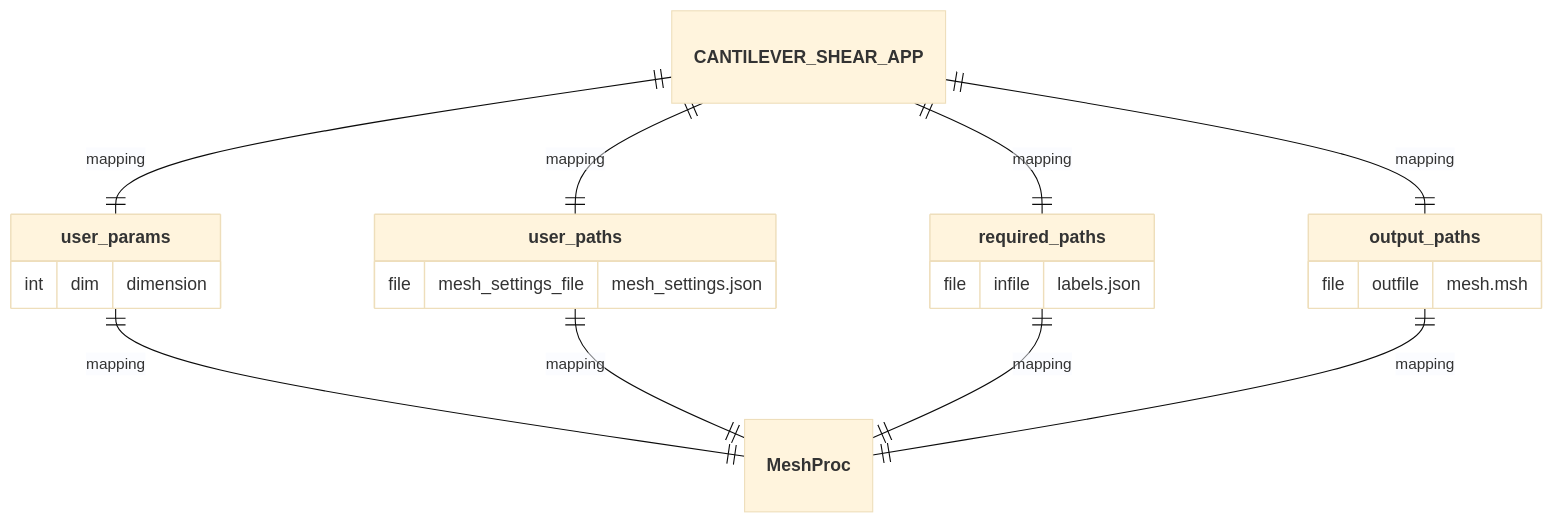
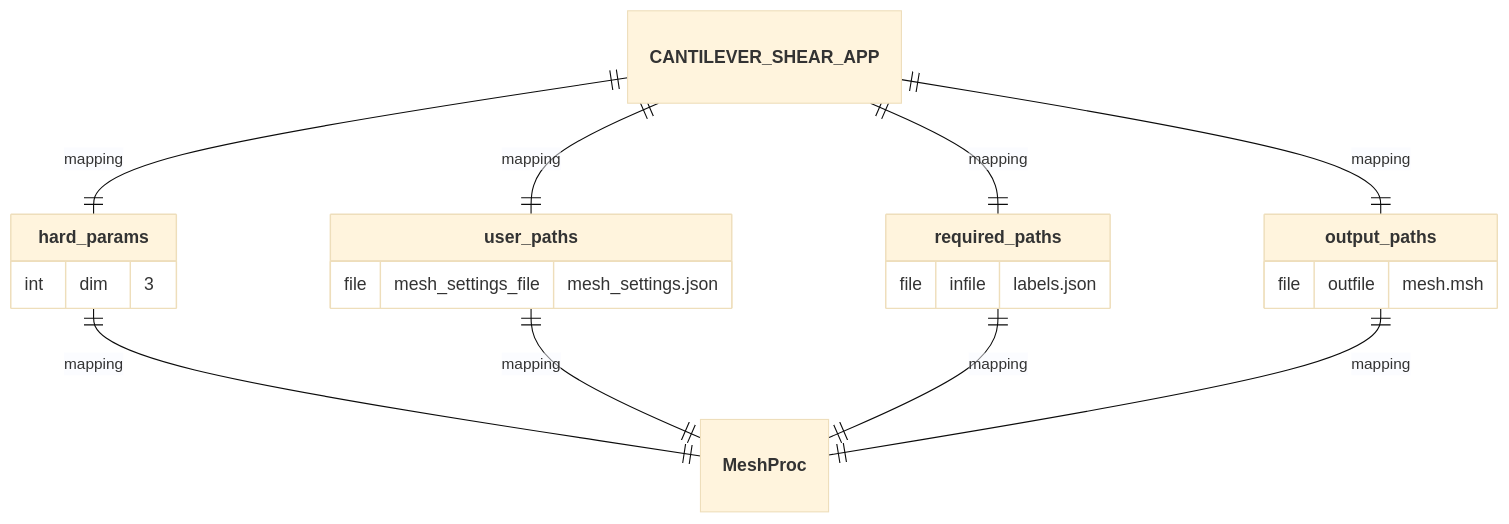
Before and after one commit to nuremics/sim-labs: the fourth of 10 diagrams in src/nuremics_labs/apps/simulation/CANTILEVER_SHEAR_APP/README.md, drawn with Mermaid (base theme). The commit also changed other lines of this file and 1 other file, not shown here.

Commit message:
define dim as hard_params

````diff
--- a/src/nuremics_labs/apps/simulation/CANTILEVER_SHEAR_APP/README.md
+++ b/src/nuremics_labs/apps/simulation/CANTILEVER_SHEAR_APP/README.md
@@ -86,24 +82,24 @@
 ```mermaid
 erDiagram
-  **CANTILEVER_SHEAR_APP** ||--|| **user_params** : mapping
+  **CANTILEVER_SHEAR_APP** ||--|| **hard_params** : mapping
   **CANTILEVER_SHEAR_APP** ||--|| **user_paths** : mapping
   **CANTILEVER_SHEAR_APP** ||--|| **required_paths** : mapping
   **CANTILEVER_SHEAR_APP** ||--|| **output_paths** : mapping
-  **user_params** ||--|| **MeshProc** : mapping
+  **hard_params** ||--|| **MeshProc** : mapping
   **user_paths** ||--|| **MeshProc** : mapping
   **required_paths** ||--|| **MeshProc** : mapping
   **output_paths** ||--|| **MeshProc** : mapping
 
-  **user_params** {
-    int dim "dimension"
+  **hard_params** {
+    int dim "3"
   }
   **user_paths** {
     file mesh_settings_file "mesh_settings.json"
   }
   **required_paths** {
     file infile "labels.json"
   }
   **output_paths** {
     file outfile "mesh.msh"
   }
 ```
````
